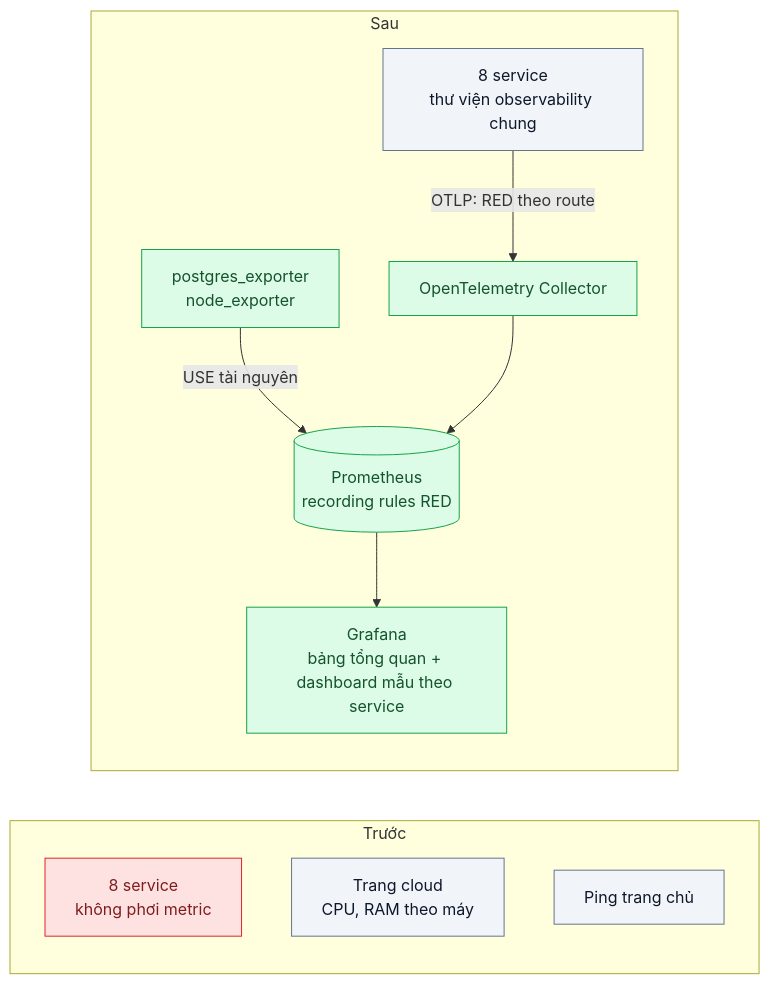
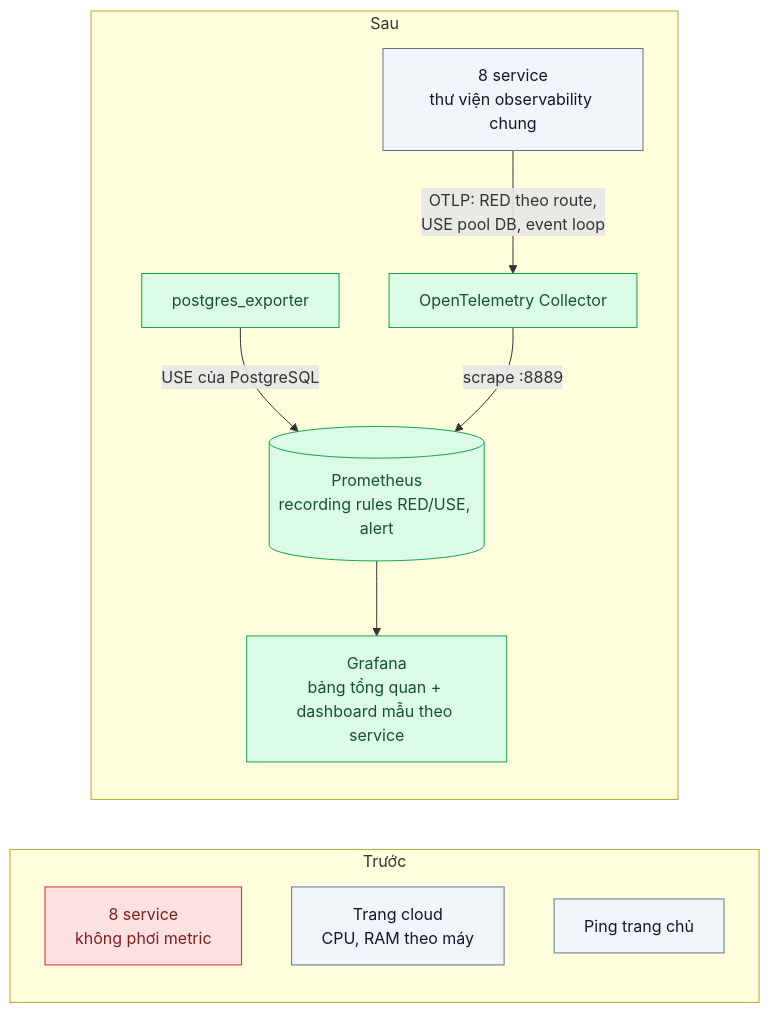
Before and after one commit to nguyenquochuy2311/system-design-nestjs: the first of 3 diagrams in 23-backend-monitoring-benchmark/01-four-golden-signals-red-method-khong-biet-service-nao-cham/README.md, drawn with Mermaid. The commit also changed other lines of this file and 48 other files, not shown here.

First line of the commit message:
feat(23/01): lab Four Golden Signals / RED / USE với OTel Collector + Prometheus + Grafana, số đo thật

````diff
--- a/23-backend-monitoring-benchmark/01-four-golden-signals-red-method-khong-biet-service-nao-cham/README.md
+++ b/23-backend-monitoring-benchmark/01-four-golden-signals-red-method-khong-biet-service-nao-cham/README.md
@@ -47,19 +47,19 @@
 ```mermaid
 flowchart LR
   classDef moi fill:#DCFCE7,stroke:#16A34A,color:#14532D
   classDef cu fill:#F1F5F9,stroke:#64748B,color:#0F172A
   classDef loi fill:#FEE2E2,stroke:#DC2626,color:#7F1D1D
 
   subgraph TRUOC["Trước"]
     S1["8 service<br/>không phơi metric"]:::loi
     CL["Trang cloud<br/>CPU, RAM theo máy"]:::cu
     PI["Ping trang chủ"]:::cu
   end
 
   subgraph SAU["Sau"]
-    S2["8 service<br/>thư viện observability chung"]:::cu -->|"OTLP: RED theo route"| OC["OpenTelemetry Collector"]:::moi
-    EX["postgres_exporter<br/>node_exporter"]:::moi -->|"USE tài nguyên"| PR
-    OC --> PR[("Prometheus<br/>recording rules RED")]:::moi
+    S2["8 service<br/>thư viện observability chung"]:::cu -->|"OTLP: RED theo route,<br/>USE pool DB, event loop"| OC["OpenTelemetry Collector"]:::moi
+    EX["postgres_exporter"]:::moi -->|"USE của PostgreSQL"| PR
+    OC -->|"scrape :8889"| PR[("Prometheus<br/>recording rules RED/USE, alert")]:::moi
     PR --> GF["Grafana<br/>bảng tổng quan + dashboard mẫu theo service"]:::moi
   end
 ```
````
